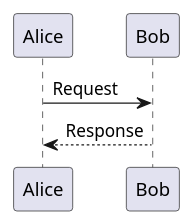
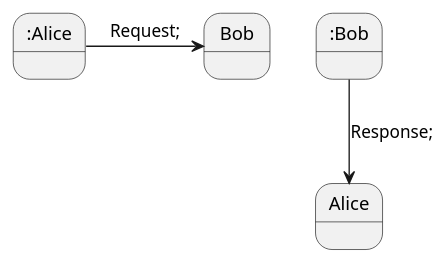
The diagram in test.md (Aso2001171/2021sys-design), drawn with PlantUML before and after one commit.

```diff
--- a/test.md
+++ b/test.md
@@ -2,4 +2,4 @@
 @startuml
-Alice -> Bob: Request
-Bob --> Alice: Response
+:Alice -> Bob: Request;
+:Bob --> Alice: Response;
 @enduml
```
